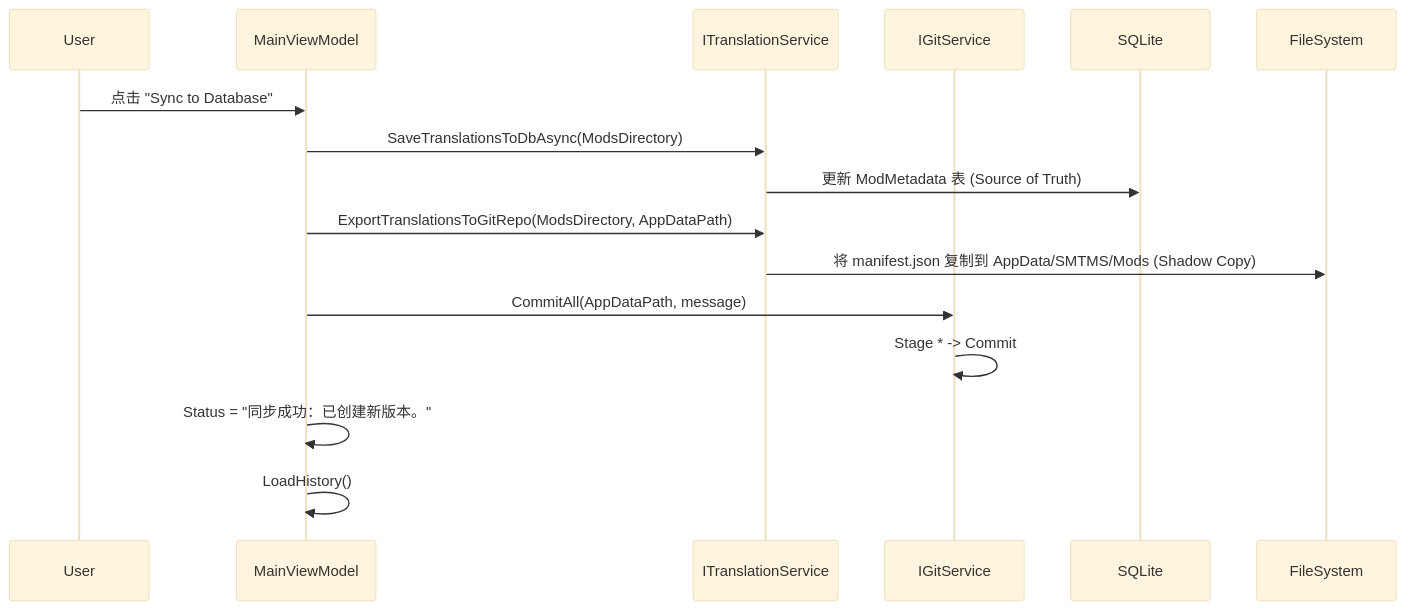
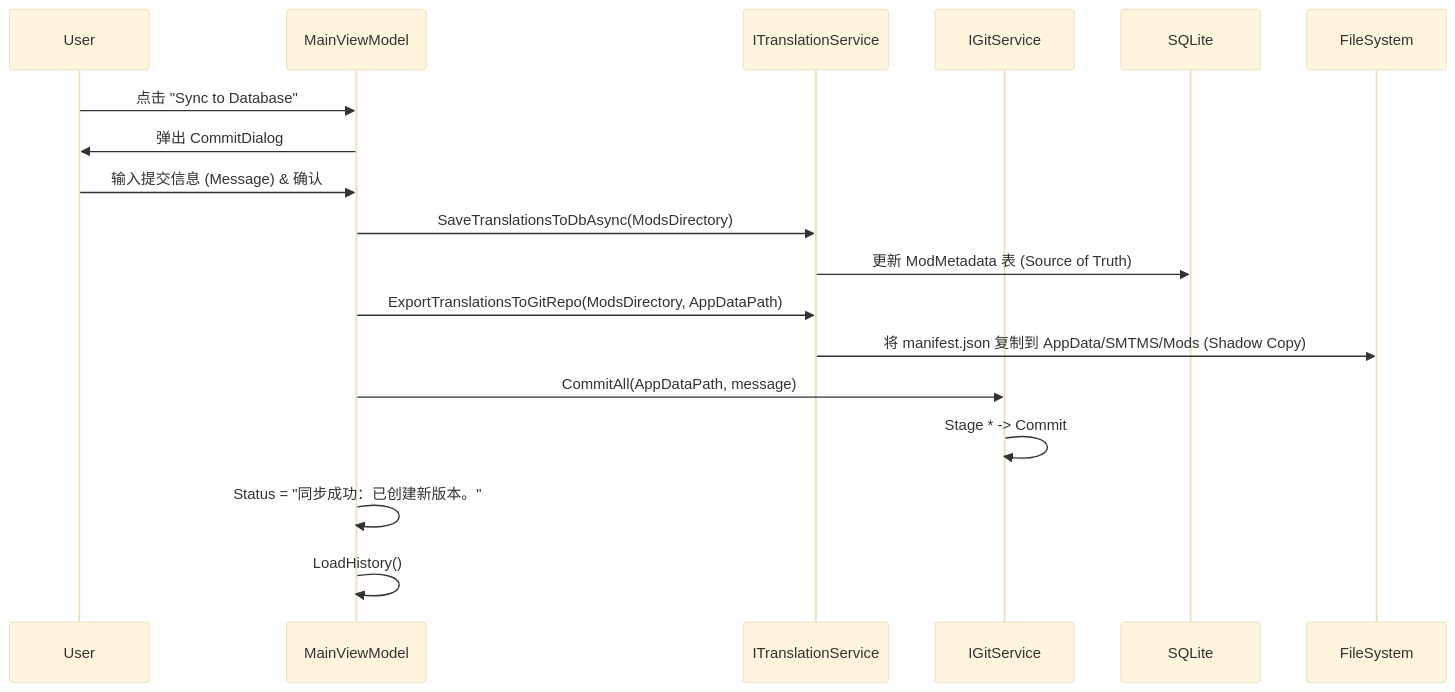
The eighth of 11 diagrams in docs/ARCHITECTURE.md (Sisyphean-a/SMTMS), drawn with Mermaid (base theme) before and after one commit. The commit also changed other lines of this file and 11 other files, not shown here.

````diff
--- a/docs/ARCHITECTURE.md
+++ b/docs/ARCHITECTURE.md
@@ -210,22 +210,25 @@
 ```mermaid
 sequenceDiagram
     participant U as User
     participant VM as MainViewModel
     participant TS as ITranslationService
     participant GB as IGitService
     participant DB as SQLite
     participant FS as FileSystem
 
     U->>VM: 点击 "Sync to Database"
+    VM->>U: 弹出 CommitDialog
+    U->>VM: 输入提交信息 (Message) & 确认
+
     VM->>TS: SaveTranslationsToDbAsync(ModsDirectory)
     TS->>DB: 更新 ModMetadata 表 (Source of Truth)
 
     VM->>TS: ExportTranslationsToGitRepo(ModsDirectory, AppDataPath)
     TS->>FS: 将 manifest.json 复制到 AppData/SMTMS/Mods (Shadow Copy)
 
     VM->>GB: CommitAll(AppDataPath, message)
     GB->>GB: Stage * -> Commit
 
     VM->>VM: Status = "同步成功：已创建新版本。"
     VM->>VM: LoadHistory()
 ```
````
